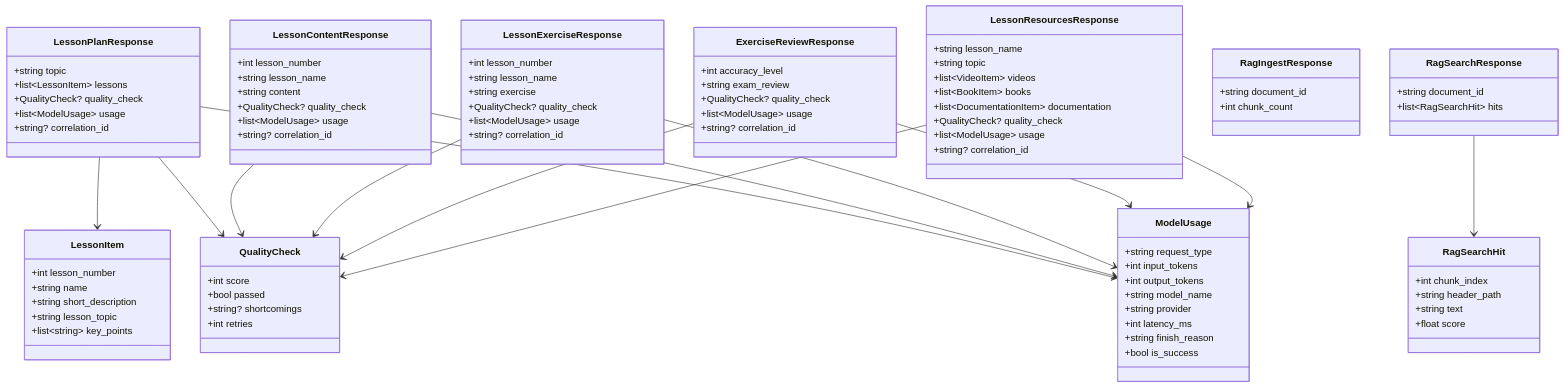
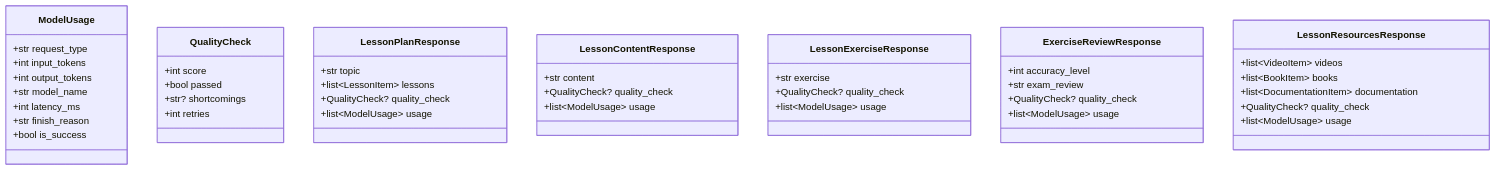
The second of 2 diagrams in diagrams/ai/02-endpoints.md (Dockdep/LessonHub), drawn with Mermaid before and after one commit. The commit also changed other lines of this file and 36 other files, not shown here.

````diff
--- a/diagrams/ai/02-endpoints.md
+++ b/diagrams/ai/02-endpoints.md
@@ -159,103 +47,47 @@
 ```mermaid
 classDiagram
   class ModelUsage {
-    +string request_type
+    +str request_type
     +int input_tokens
     +int output_tokens
-    +string model_name
-    +string provider
+    +str model_name
     +int latency_ms
-    +string finish_reason
+    +str finish_reason
     +bool is_success
   }
-
   class QualityCheck {
     +int score
     +bool passed
-    +string? shortcomings
+    +str? shortcomings
     +int retries
   }
-
   class LessonPlanResponse {
-    +string topic
+    +str topic
     +list~LessonItem~ lessons
     +QualityCheck? quality_check
     +list~ModelUsage~ usage
-    +string? correlation_id
   }
-
-  class LessonItem {
-    +int lesson_number
-    +string name
-    +string short_description
-    +string lesson_topic
-    +list~string~ key_points
-  }
-
   class LessonContentResponse {
-    +int lesson_number
-    +string lesson_name
-    +string content
+    +str content
     +QualityCheck? quality_check
     +list~ModelUsage~ usage
-    +string? correlation_id
   }
-
   class LessonExerciseResponse {
-    +int lesson_number
-    +string lesson_name
-    +string exercise
+    +str exercise
     +QualityCheck? quality_check
     +list~ModelUsage~ usage
-    +string? correlation_id
   }
-
   class ExerciseReviewResponse {
     +int accuracy_level
-    +string exam_review
+    +str exam_review
     +QualityCheck? quality_check
     +list~ModelUsage~ usage
-    +string? correlation_id
   }
-
   class LessonResourcesResponse {
-    +string lesson_name
-    +string topic
     +list~VideoItem~ videos
     +list~BookItem~ books
     +list~DocumentationItem~ documentation
     +QualityCheck? quality_check
     +list~ModelUsage~ usage
-    +string? correlation_id
   }
-
-  class RagIngestResponse {
-    +string document_id
-    +int chunk_count
-  }
-
-  class RagSearchResponse {
-    +string document_id
-    +list~RagSearchHit~ hits
-  }
-
-  class RagSearchHit {
-    +int chunk_index
-    +string header_path
-    +string text
-    +float score
-  }
-
-  LessonPlanResponse --> LessonItem
-  LessonPlanResponse --> QualityCheck
-  LessonPlanResponse --> ModelUsage
-  LessonContentResponse --> QualityCheck
-  LessonContentResponse --> ModelUsage
-  LessonExerciseResponse --> QualityCheck
-  LessonExerciseResponse --> ModelUsage
-  ExerciseReviewResponse --> QualityCheck
-  ExerciseReviewResponse --> ModelUsage
-  LessonResourcesResponse --> QualityCheck
-  LessonResourcesResponse --> ModelUsage
-  RagSearchResponse --> RagSearchHit
 ```
````
